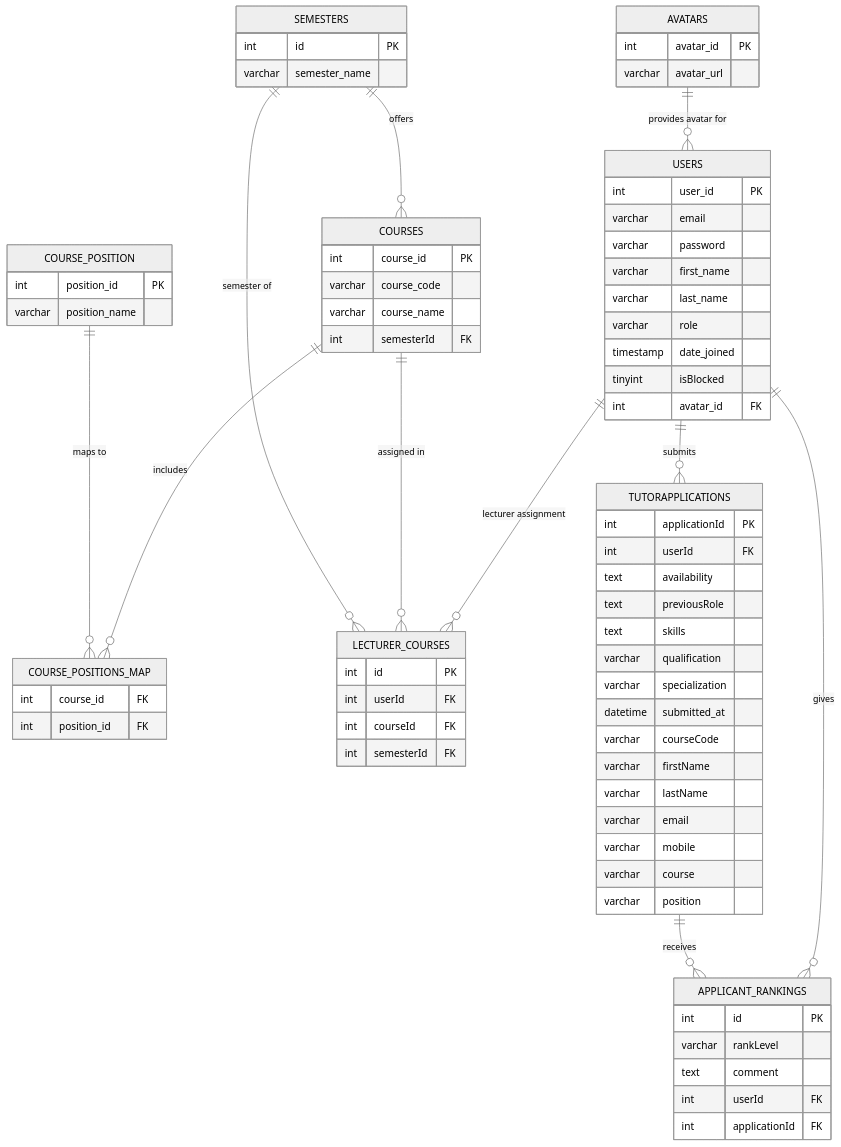
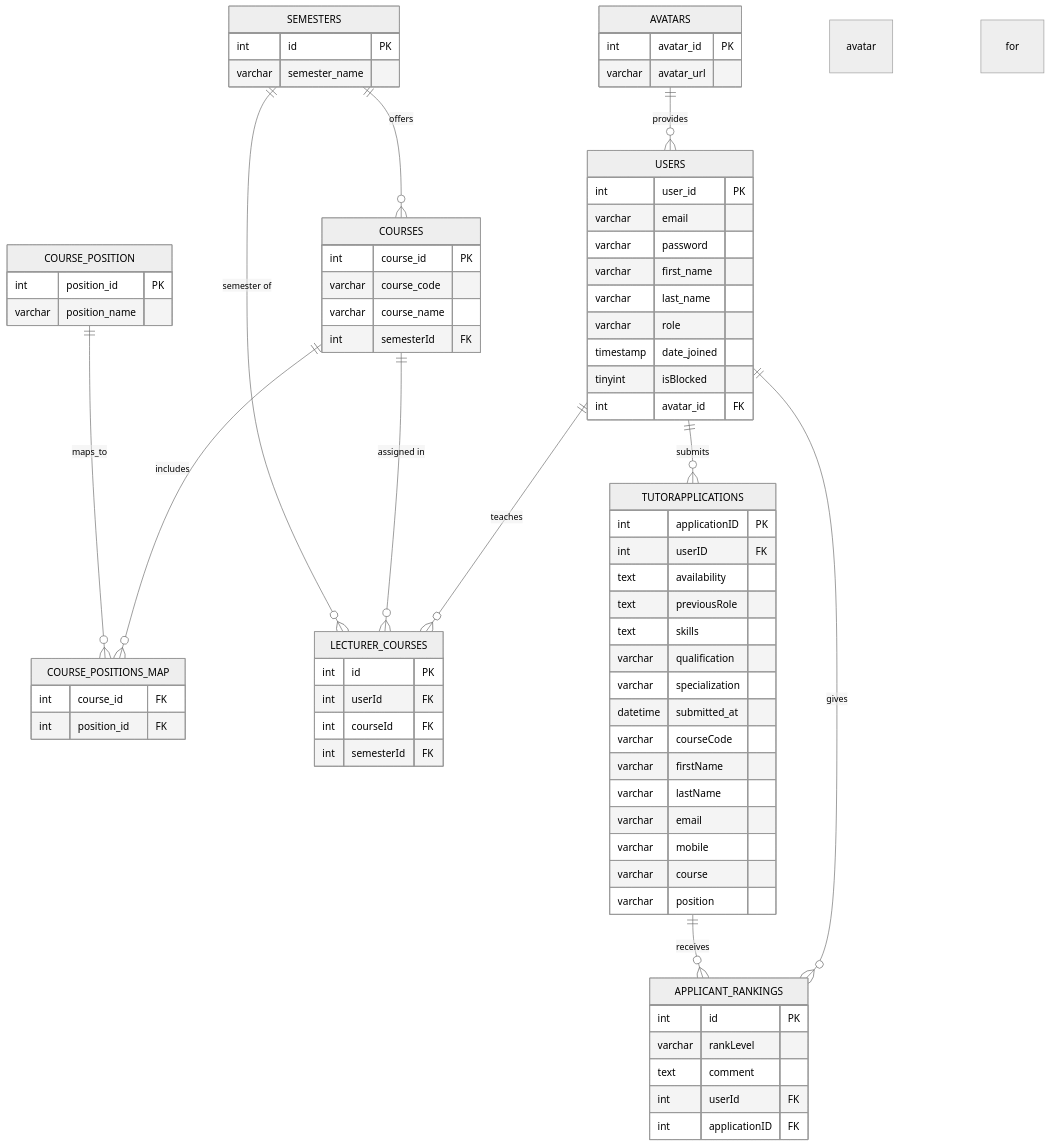
Before and after one commit to Krithik211/Teaching_Team---WebApplication: the diagram in ErDiagram.md, drawn with Mermaid (neutral theme). The commit also changed 9 other files, not shown here.

````diff
--- a/ErDiagram.md
+++ b/ErDiagram.md
@@ -1,78 +1,78 @@
 ```mermaid
 erDiagram
     AVATARS {
-        int avatar_id PK
+        int     avatar_id PK
         varchar avatar_url
     }
     USERS {
-        int user_id PK
+        int     user_id PK
         varchar email
         varchar password
         varchar first_name
         varchar last_name
         varchar role
         timestamp date_joined
         tinyint isBlocked
-        int avatar_id FK
+        int     avatar_id FK
     }
     SEMESTERS {
-        int id PK
+        int     id PK
         varchar semester_name
     }
     COURSES {
-        int course_id PK
+        int     course_id PK
         varchar course_code
         varchar course_name
-        int semesterId FK
+        int     semesterId FK
     }
     COURSE_POSITION {
-        int position_id PK
+        int     position_id PK
         varchar position_name
     }
     COURSE_POSITIONS_MAP {
-        int course_id FK
-        int position_id FK
+        int course_id    FK
+        int position_id  FK
     }
     LECTURER_COURSES {
         int id PK
-        int userId FK
-        int courseId FK
+        int userId     FK
+        int courseId   FK
         int semesterId FK
     }
     TUTORAPPLICATIONS {
-        int applicationId PK
-        int userId FK
-        text availability
-        text previousRole
-        text skills
+        int    applicationID PK
+        int    userID        FK
+        text   availability
+        text   previousRole
+        text   skills
         varchar qualification
         varchar specialization
         datetime submitted_at
         varchar courseCode
         varchar firstName
         varchar lastName
         varchar email
         varchar mobile
         varchar course
         varchar position
     }
     APPLICANT_RANKINGS {
-        int id PK
+        int    id PK
         varchar rankLevel
-        text comment
-        int userId FK
-        int applicationId FK
+        text   comment
+        int    userId        FK
+        int    applicationID FK
     }
 
     %% relationships
-    AVATARS              ||--o{ USERS                   : "provides avatar for"
-    USERS                ||--o{ LECTURER_COURSES        : "lecturer assignment"
-    COURSES              ||--o{ LECTURER_COURSES        : "assigned in"
-    SEMESTERS            ||--o{ LECTURER_COURSES        : "semester of"
-    SEMESTERS            ||--o{ COURSES                 : "offers"
-    USERS                ||--o{ TUTORAPPLICATIONS       : "submits"
-    USERS                ||--o{ APPLICANT_RANKINGS      : "gives"
-    TUTORAPPLICATIONS    ||--o{ APPLICANT_RANKINGS      : "receives"
-    COURSES              ||--o{ COURSE_POSITIONS_MAP    : "includes"
-    COURSE_POSITION      ||--o{ COURSE_POSITIONS_MAP    : "maps to"
+    AVATARS              ||--o{ USERS                 : provides avatar for
+    USERS                ||--o{ LECTURER_COURSES      : "teaches"
+    COURSES              ||--o{ LECTURER_COURSES      : "assigned in"
+    SEMESTERS            ||--o{ LECTURER_COURSES      : "semester of"
+    SEMESTERS            ||--o{ COURSES               : offers
+    USERS                ||--o{ TUTORAPPLICATIONS     : submits
+    USERS                ||--o{ APPLICANT_RANKINGS    : gives
+    TUTORAPPLICATIONS    ||--o{ APPLICANT_RANKINGS    : receives
+    COURSES              ||--o{ COURSE_POSITIONS_MAP  : includes
+    COURSE_POSITION      ||--o{ COURSE_POSITIONS_MAP  : maps_to
 ```
````
